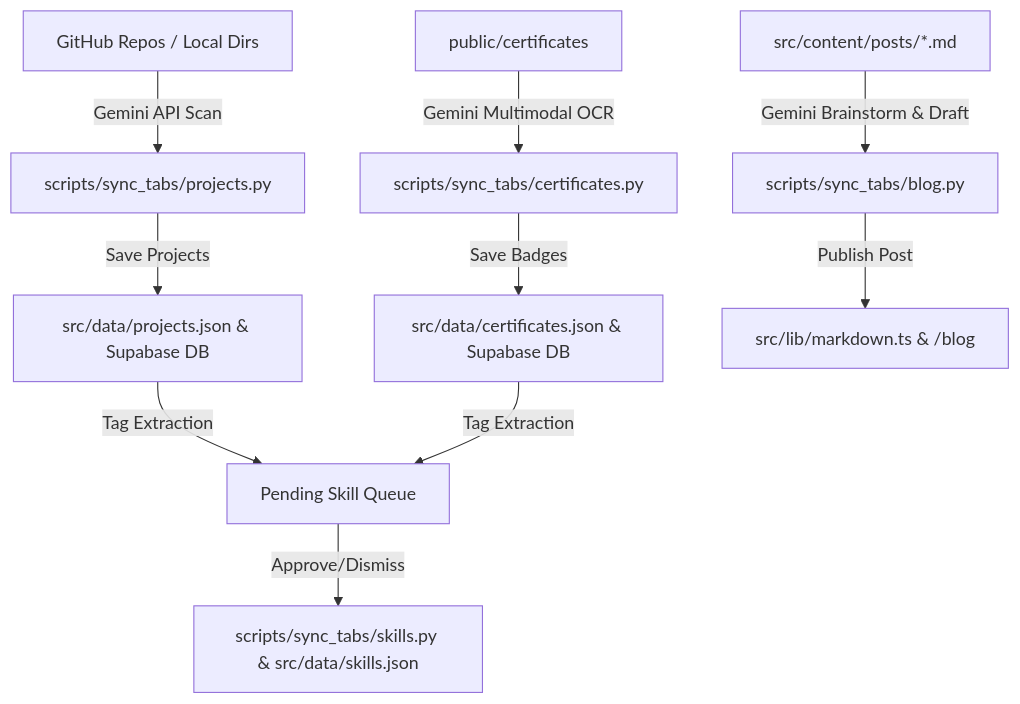
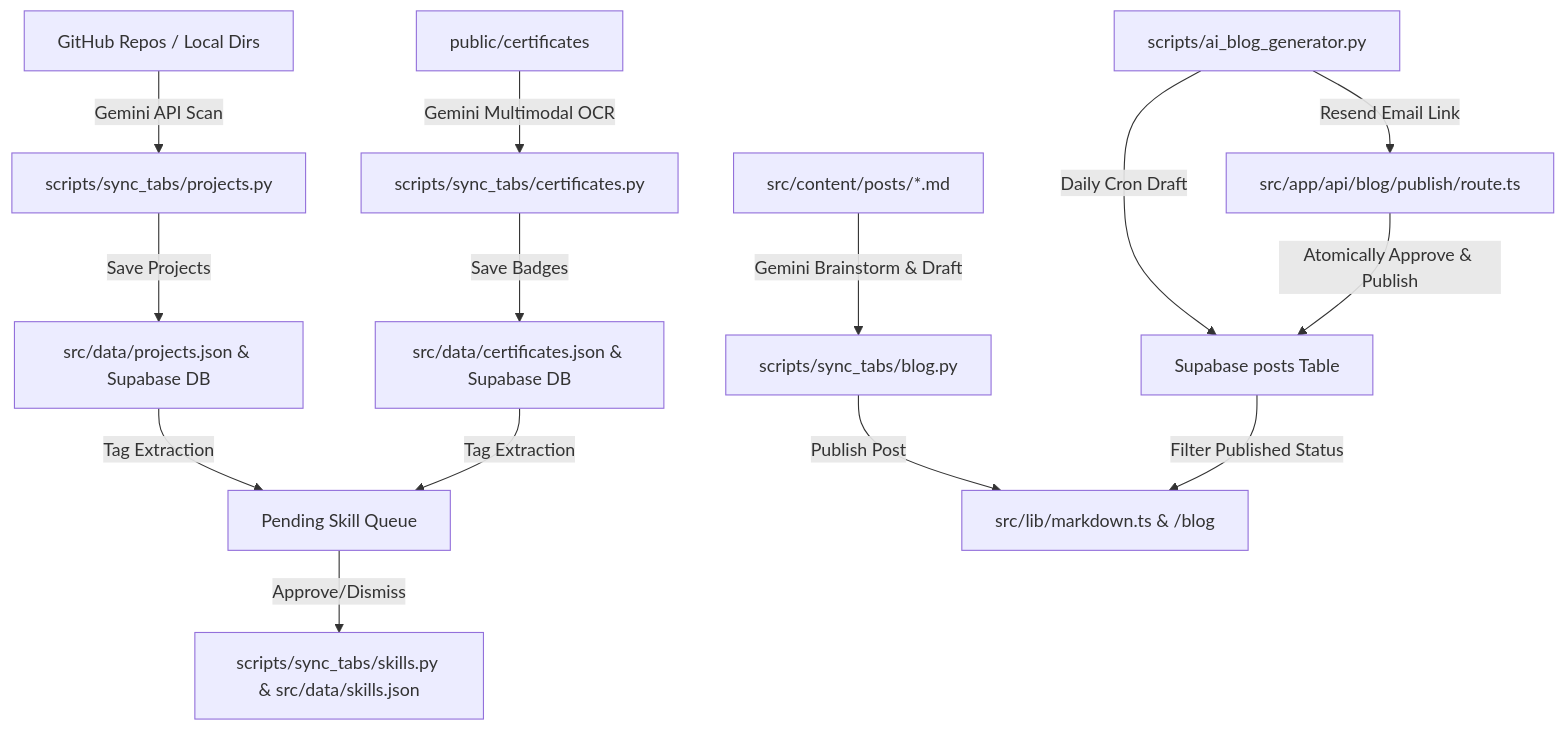
One commit to prat3010/Prateek_website changed the fourth of 5 diagrams in docs/ARCHITECTURE_DEPENDENCY_MAP.md. Above: the diagram before and after it, drawn with Mermaid. The commit also changed 11 other files, not shown here.

Commit message:
feat(branding): update portfolio identity to Forward Deployed AI Engineer & Solutions Architect

````diff
--- a/docs/ARCHITECTURE_DEPENDENCY_MAP.md
+++ b/docs/ARCHITECTURE_DEPENDENCY_MAP.md
@@ -110,15 +110,19 @@
 ```mermaid
 graph TD
     GitRepo[GitHub Repos / Local Dirs] -->|Gemini API Scan| SyncProjects[scripts/sync_tabs/projects.py]
     CertFolder[public/certificates] -->|Gemini Multimodal OCR| SyncCerts[scripts/sync_tabs/certificates.py]
     
     SyncProjects -->|Save Projects| ProjectsJSON[src/data/projects.json & Supabase DB]
     SyncCerts -->|Save Badges| CertsJSON[src/data/certificates.json & Supabase DB]
     
     ProjectsJSON -->|Tag Extraction| PendingSkills[Pending Skill Queue]
     CertsJSON -->|Tag Extraction| PendingSkills
     PendingSkills -->|Approve/Dismiss| SkillsMatrix[scripts/sync_tabs/skills.py & src/data/skills.json]
     
     BlogPosts[src/content/posts/*.md] -->|Gemini Brainstorm & Draft| SyncBlog[scripts/sync_tabs/blog.py]
+    AIBlogGen[scripts/ai_blog_generator.py] -->|Daily Cron Draft| SupabasePostsDB[Supabase posts Table]
+    AIBlogGen -->|Resend Email Link| PublishRoute[src/app/api/blog/publish/route.ts]
+    PublishRoute -->|Atomically Approve & Publish| SupabasePostsDB
     SyncBlog -->|Publish Post| MarkdownLib[src/lib/markdown.ts & /blog]
+    SupabasePostsDB -->|Filter Published Status| MarkdownLib
 ```
````
